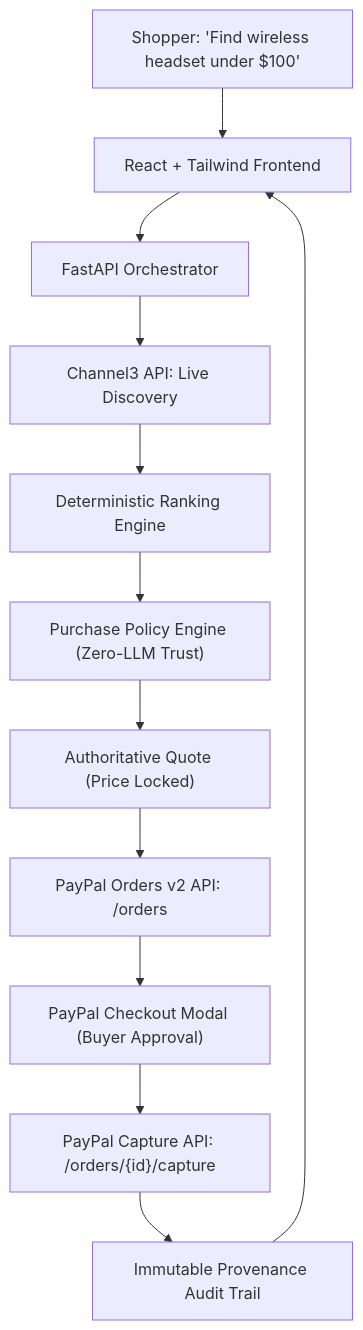
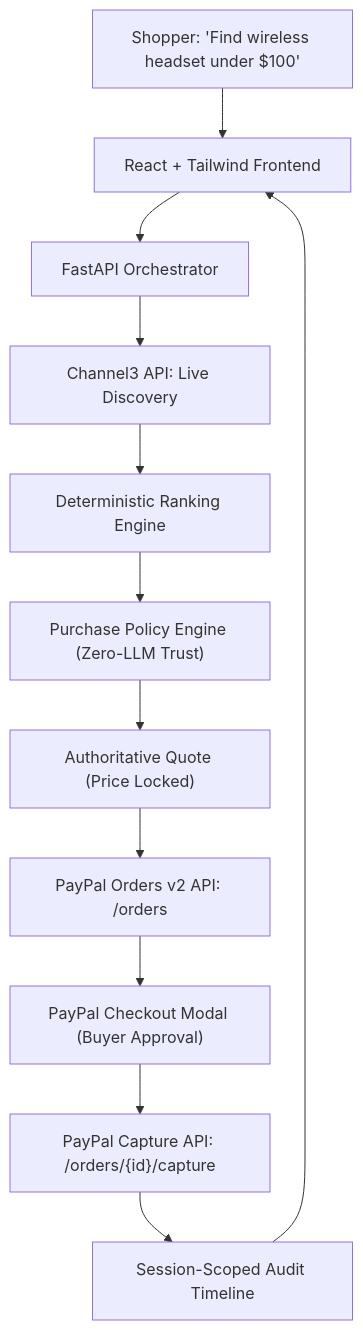
Before and after one commit to puneet2409/PayPilot: the diagram in README.md, drawn with Mermaid. The commit also changed other lines of this file and 38 other files, not shown here.

````diff
--- a/README.md
+++ b/README.md
@@ -28,14 +31,14 @@
 ```mermaid
 flowchart TD
     User["Shopper: 'Find wireless headset under $100'"] --> UI["React + Tailwind Frontend"]
     UI --> API["FastAPI Orchestrator"]
     API --> C3["Channel3 API: Live Discovery"]
     C3 --> Rank["Deterministic Ranking Engine"]
     Rank --> Pol["Purchase Policy Engine (Zero-LLM Trust)"]
     Pol --> Q["Authoritative Quote (Price Locked)"]
     Q --> PP_Create["PayPal Orders v2 API: /orders"]
     PP_Create --> Modal["PayPal Checkout Modal (Buyer Approval)"]
     Modal --> PP_Cap["PayPal Capture API: /orders/{id}/capture"]
-    PP_Cap --> Audit["Immutable Provenance Audit Trail"]
+    PP_Cap --> Audit["Session-Scoped Audit Timeline"]
     Audit --> UI
 ```
````
